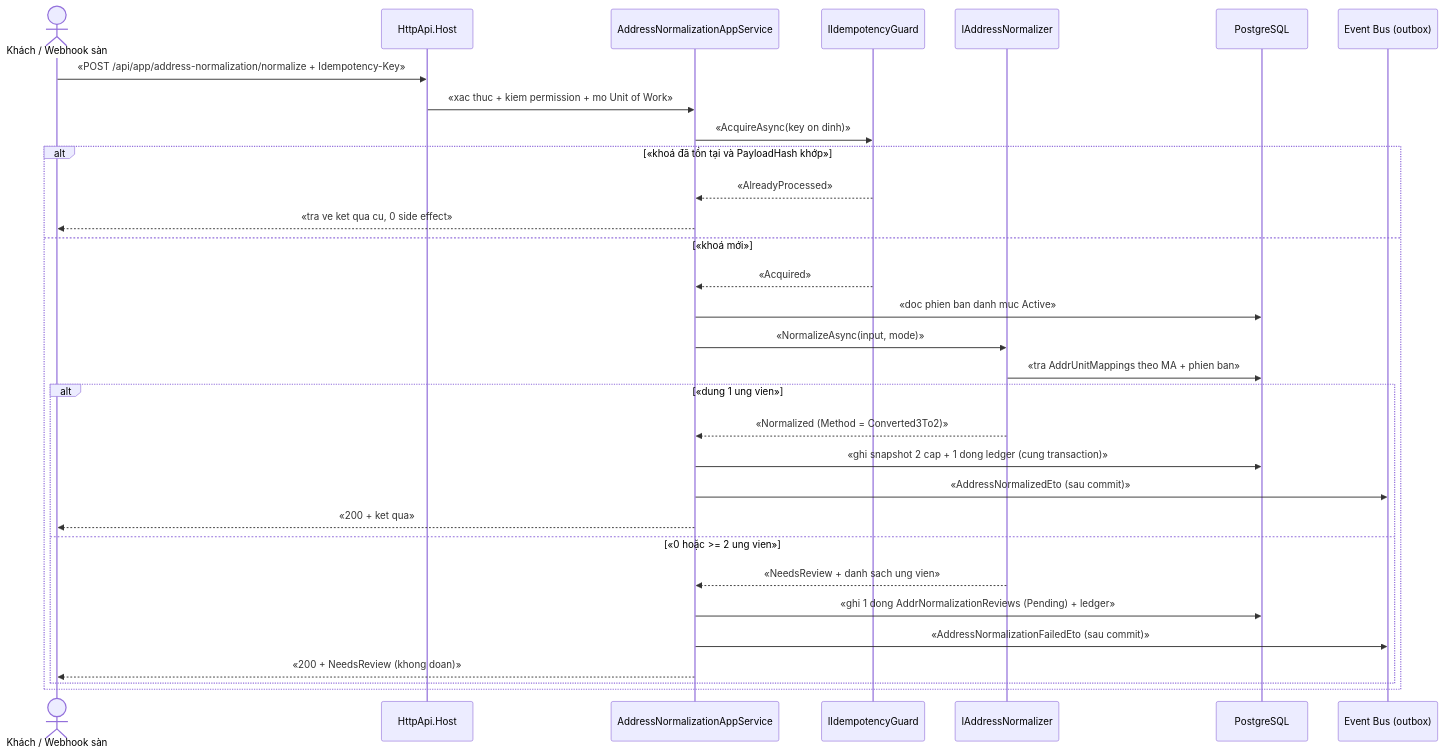
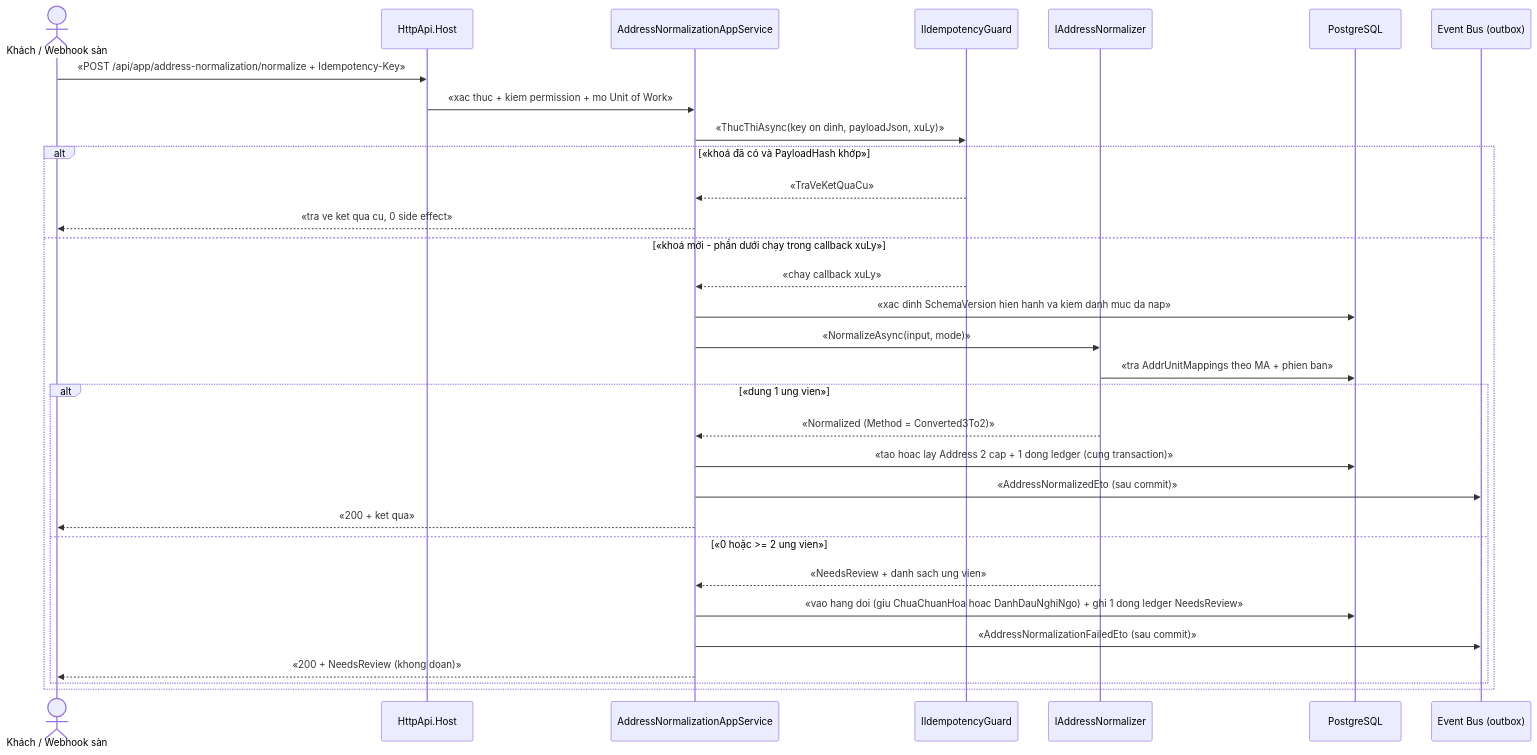
The third of 3 diagrams in docs/features/address/addr-003-chuan-hoa-dia-chi-3-cap-2-cap.md (hungnt9801/eCommerce), drawn with Mermaid before and after one commit. The commit also changed other lines of this file and 5 other files, not shown here.

````diff
--- a/docs/features/address/addr-003-chuan-hoa-dia-chi-3-cap-2-cap.md
+++ b/docs/features/address/addr-003-chuan-hoa-dia-chi-3-cap-2-cap.md
@@ -206,34 +198,34 @@
 ```mermaid
 sequenceDiagram
     actor KH as Khách / Webhook sàn
     participant API as HttpApi.Host
     participant APP as AddressNormalizationAppService
     participant G as IIdempotencyGuard
     participant NORM as IAddressNormalizer
     participant DB as PostgreSQL
     participant BUS as Event Bus (outbox)
 
     KH->>API: «POST /api/app/address-normalization/normalize + Idempotency-Key»
     API->>APP: «xac thuc + kiem permission + mo Unit of Work»
-    APP->>G: «AcquireAsync(key on dinh)»
-    alt «khoá đã tồn tại và PayloadHash khớp»
-        G-->>APP: «AlreadyProcessed»
+    APP->>G: «ThucThiAsync(key on dinh, payloadJson, xuLy)»
+    alt «khoá đã có và PayloadHash khớp»
+        G-->>APP: «TraVeKetQuaCu»
         APP-->>KH: «tra ve ket qua cu, 0 side effect»
-    else «khoá mới»
-        G-->>APP: «Acquired»
-        APP->>DB: «doc phien ban danh muc Active»
+    else «khoá mới - phần dưới chạy trong callback xuLy»
+        G-->>APP: «chay callback xuLy»
+        APP->>DB: «xac dinh SchemaVersion hien hanh va kiem danh muc da nap»
         APP->>NORM: «NormalizeAsync(input, mode)»
         NORM->>DB: «tra AddrUnitMappings theo MA + phien ban»
         alt «dung 1 ung vien»
             NORM-->>APP: «Normalized (Method = Converted3To2)»
-            APP->>DB: «ghi snapshot 2 cap + 1 dong ledger (cung transaction)»
+            APP->>DB: «tao hoac lay Address 2 cap + 1 dong ledger (cung transaction)»
             APP->>BUS: «AddressNormalizedEto (sau commit)»
             APP-->>KH: «200 + ket qua»
         else «0 hoặc >= 2 ung vien»
             NORM-->>APP: «NeedsReview + danh sach ung vien»
-            APP->>DB: «ghi 1 dong AddrNormalizationReviews (Pending) + ledger»
+            APP->>DB: «vao hang doi (giu ChuaChuanHoa hoac DanhDauNghiNgo) + ghi 1 dong ledger NeedsReview»
             APP->>BUS: «AddressNormalizationFailedEto (sau commit)»
             APP-->>KH: «200 + NeedsReview (khong doan)»
         end
     end
 ```
````
